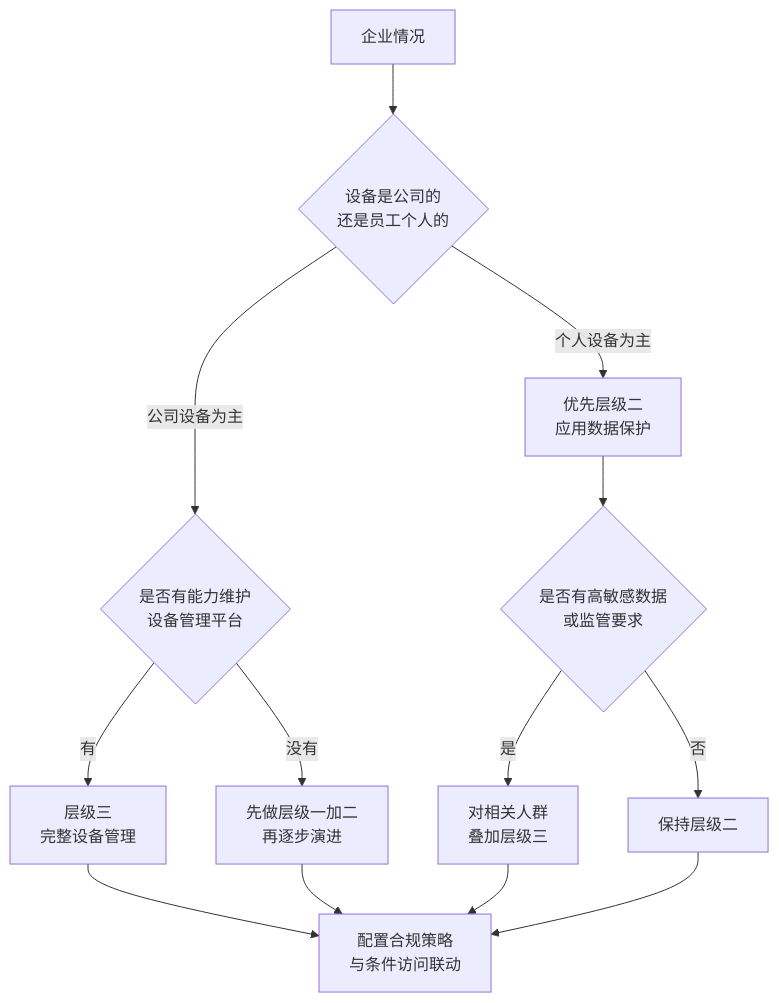
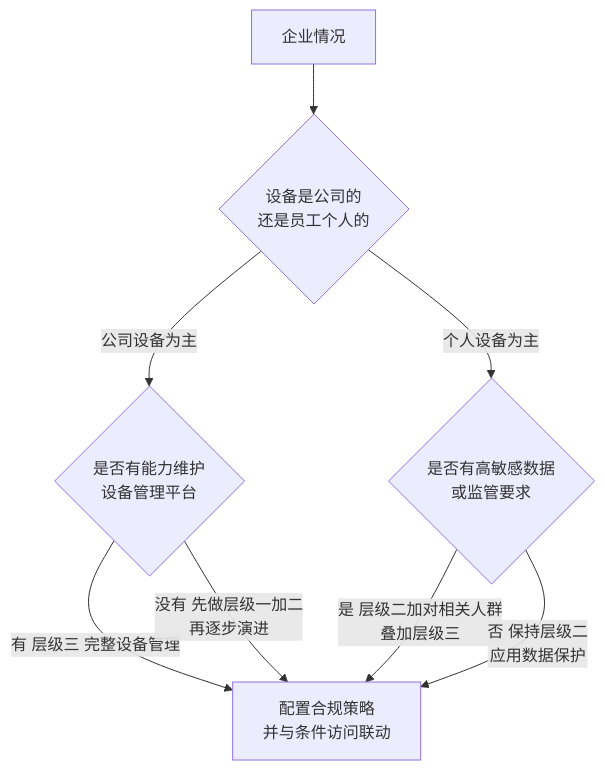
Before and after one commit to zerioo1970/summary: the first of 4 diagrams in Microsoft-365企业导入实施方案/05-安全合规与设备管理/04-设备管理与Intune.md, drawn with Mermaid. The commit also changed 14 other files, not shown here.

First line of the commit message:
fix(docs): 修正 Mermaid 图渲染问题（15 个文件）

````diff
--- a/Microsoft-365企业导入实施方案/05-安全合规与设备管理/04-设备管理与Intune.md
+++ b/Microsoft-365企业导入实施方案/05-安全合规与设备管理/04-设备管理与Intune.md
@@ -58,15 +58,10 @@
 ```mermaid
 graph TD
     A[企业情况] --> B{设备是公司的<br/>还是员工个人的}
     B -->|公司设备为主| C{是否有能力维护<br/>设备管理平台}
-    B -->|个人设备为主| D[优先层级二<br/>应用数据保护]
-    C -->|有| E[层级三<br/>完整设备管理]
-    C -->|没有| F[先做层级一加二<br/>再逐步演进]
-    D --> G{是否有高敏感数据<br/>或监管要求}
-    G -->|是| H[对相关人群<br/>叠加层级三]
-    G -->|否| I[保持层级二]
-    E --> J[配置合规策略<br/>与条件访问联动]
-    F --> J
-    H --> J
-    I --> J
+    C -->|有 层级三 完整设备管理| Z[配置合规策略<br/>并与条件访问联动]
+    C -->|没有 先做层级一加二<br/>再逐步演进| Z
+    B -->|个人设备为主| G{是否有高敏感数据<br/>或监管要求}
+    G -->|是 层级二加对相关人群<br/>叠加层级三| Z
+    G -->|否 保持层级二<br/>应用数据保护| Z
 ```
````
